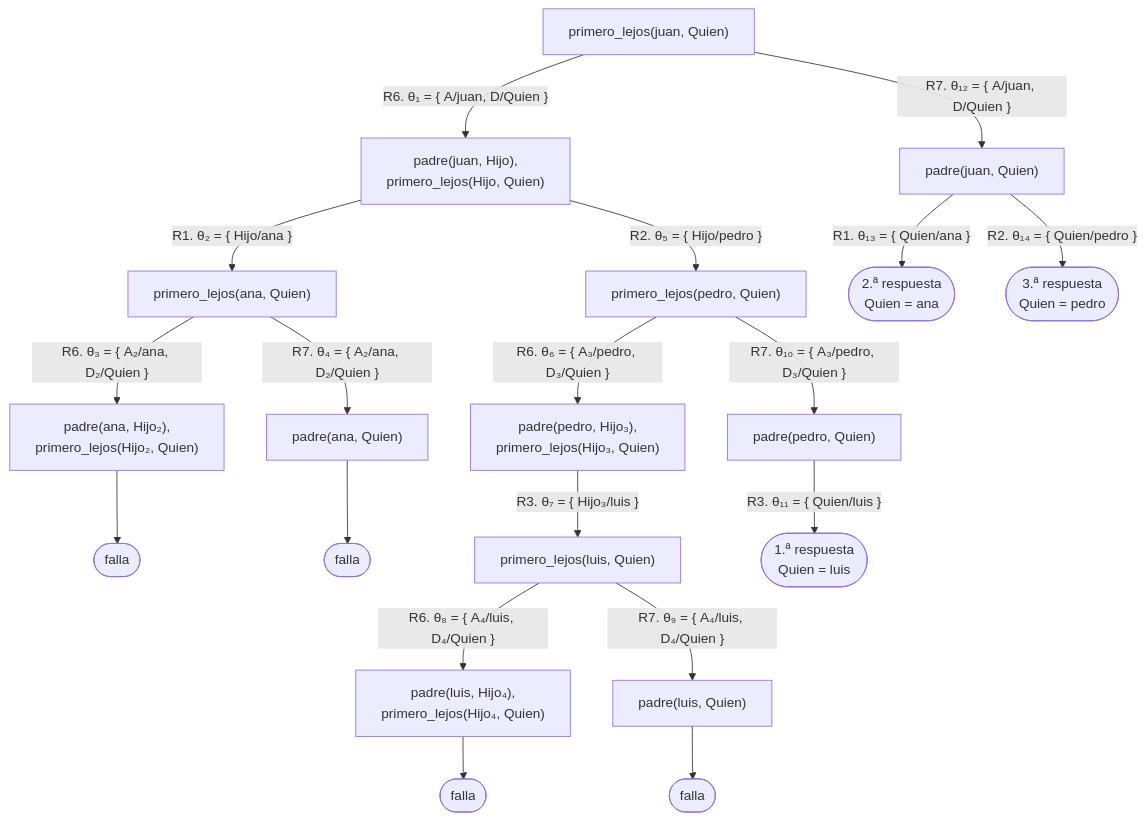
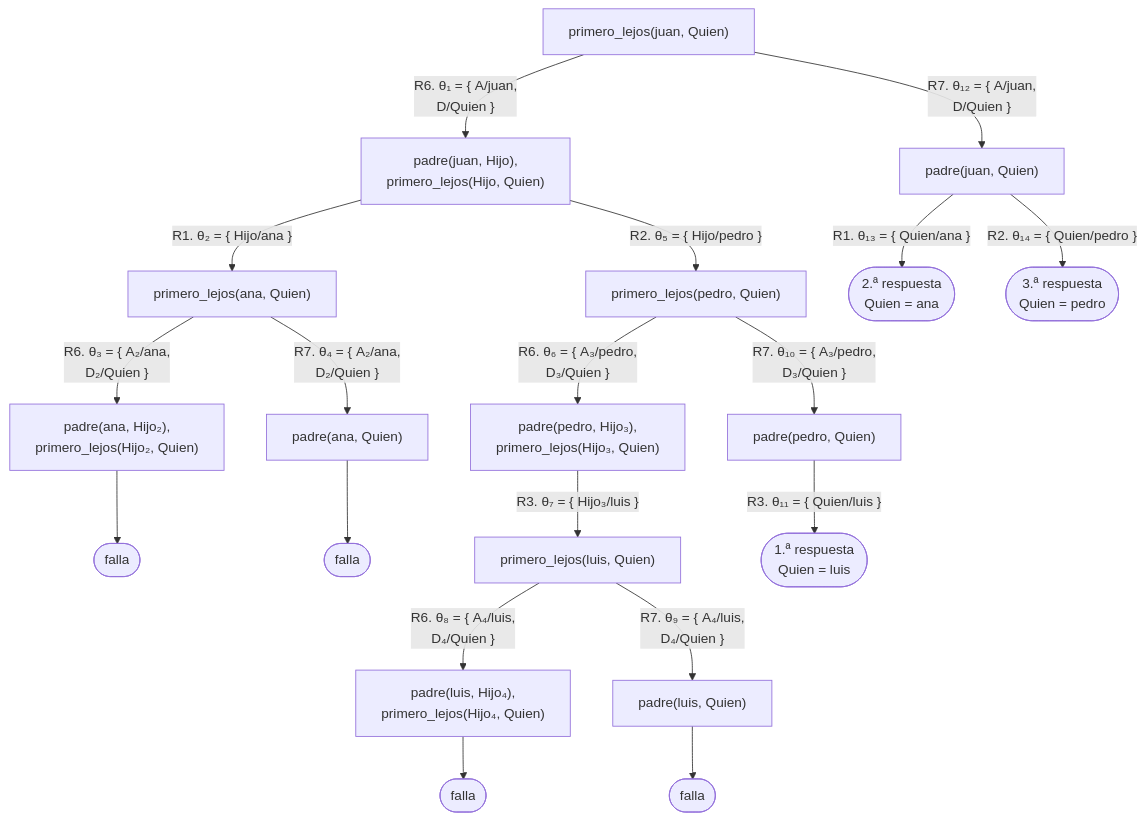
Before and after one commit to CesarBallardini/curso-de-prolog: the fifth of 7 diagrams in docs/capitulo-05-como-responde-prolog/index.md, drawn with Mermaid. The commit also changed other lines of this file and 24 other files, not shown here.

First line of the commit message:
feat(docs): botones para ocultar las columnas laterales y etiquetas cortas en los diagramas

````diff
--- a/docs/capitulo-05-como-responde-prolog/index.md
+++ b/docs/capitulo-05-como-responde-prolog/index.md
@@ -372,21 +372,21 @@
 ```mermaid
 flowchart TD
-    A["primero_lejos(juan, Quien)"] -- "R6. θ₁ = {&nbsp;A/juan, D/Quien&nbsp;}" --> C["padre(juan, Hijo),<br/>primero_lejos(Hijo, Quien)"]
-    A -- "R7. θ₁₂ = {&nbsp;A/juan, D/Quien&nbsp;}" --> B["padre(juan, Quien)"]
+    A["primero_lejos(juan, Quien)"] -- "R6. θ₁ = {&nbsp;A/juan,<br/>D/Quien&nbsp;}" --> C["padre(juan, Hijo),<br/>primero_lejos(Hijo, Quien)"]
+    A -- "R7. θ₁₂ = {&nbsp;A/juan,<br/>D/Quien&nbsp;}" --> B["padre(juan, Quien)"]
     C -- "R1. θ₂ = {&nbsp;Hijo/ana&nbsp;}" --> D["primero_lejos(ana, Quien)"]
     C -- "R2. θ₅ = {&nbsp;Hijo/pedro&nbsp;}" --> E["primero_lejos(pedro, Quien)"]
-    D -- "R6. θ₃ = {&nbsp;A₂/ana, D₂/Quien&nbsp;}" --> D2["padre(ana, Hijo₂),<br/>primero_lejos(Hijo₂, Quien)"]
-    D -- "R7. θ₄ = {&nbsp;A₂/ana, D₂/Quien&nbsp;}" --> D1["padre(ana, Quien)"]
+    D -- "R6. θ₃ = {&nbsp;A₂/ana,<br/>D₂/Quien&nbsp;}" --> D2["padre(ana, Hijo₂),<br/>primero_lejos(Hijo₂, Quien)"]
+    D -- "R7. θ₄ = {&nbsp;A₂/ana,<br/>D₂/Quien&nbsp;}" --> D1["padre(ana, Quien)"]
     D2 --> F2(["falla"])
     D1 --> F1(["falla"])
-    E -- "R6. θ₆ = {&nbsp;A₃/pedro, D₃/Quien&nbsp;}" --> E2["padre(pedro, Hijo₃),<br/>primero_lejos(Hijo₃, Quien)"]
-    E -- "R7. θ₁₀ = {&nbsp;A₃/pedro, D₃/Quien&nbsp;}" --> E1["padre(pedro, Quien)"]
+    E -- "R6. θ₆ = {&nbsp;A₃/pedro,<br/>D₃/Quien&nbsp;}" --> E2["padre(pedro, Hijo₃),<br/>primero_lejos(Hijo₃, Quien)"]
+    E -- "R7. θ₁₀ = {&nbsp;A₃/pedro,<br/>D₃/Quien&nbsp;}" --> E1["padre(pedro, Quien)"]
     E2 -- "R3. θ₇ = {&nbsp;Hijo₃/luis&nbsp;}" --> G["primero_lejos(luis, Quien)"]
     E1 -- "R3. θ₁₁ = {&nbsp;Quien/luis&nbsp;}" --> S1(["1.ª respuesta<br/>Quien = luis"])
-    G -- "R6. θ₈ = {&nbsp;A₄/luis, D₄/Quien&nbsp;}" --> G2["padre(luis, Hijo₄),<br/>primero_lejos(Hijo₄, Quien)"]
-    G -- "R7. θ₉ = {&nbsp;A₄/luis, D₄/Quien&nbsp;}" --> G1["padre(luis, Quien)"]
+    G -- "R6. θ₈ = {&nbsp;A₄/luis,<br/>D₄/Quien&nbsp;}" --> G2["padre(luis, Hijo₄),<br/>primero_lejos(Hijo₄, Quien)"]
+    G -- "R7. θ₉ = {&nbsp;A₄/luis,<br/>D₄/Quien&nbsp;}" --> G1["padre(luis, Quien)"]
     G2 --> F4(["falla"])
     G1 --> F3(["falla"])
     B -- "R1. θ₁₃ = {&nbsp;Quien/ana&nbsp;}" --> S2(["2.ª respuesta<br/>Quien = ana"])
     B -- "R2. θ₁₄ = {&nbsp;Quien/pedro&nbsp;}" --> S3(["3.ª respuesta<br/>Quien = pedro"])
 ```
````
